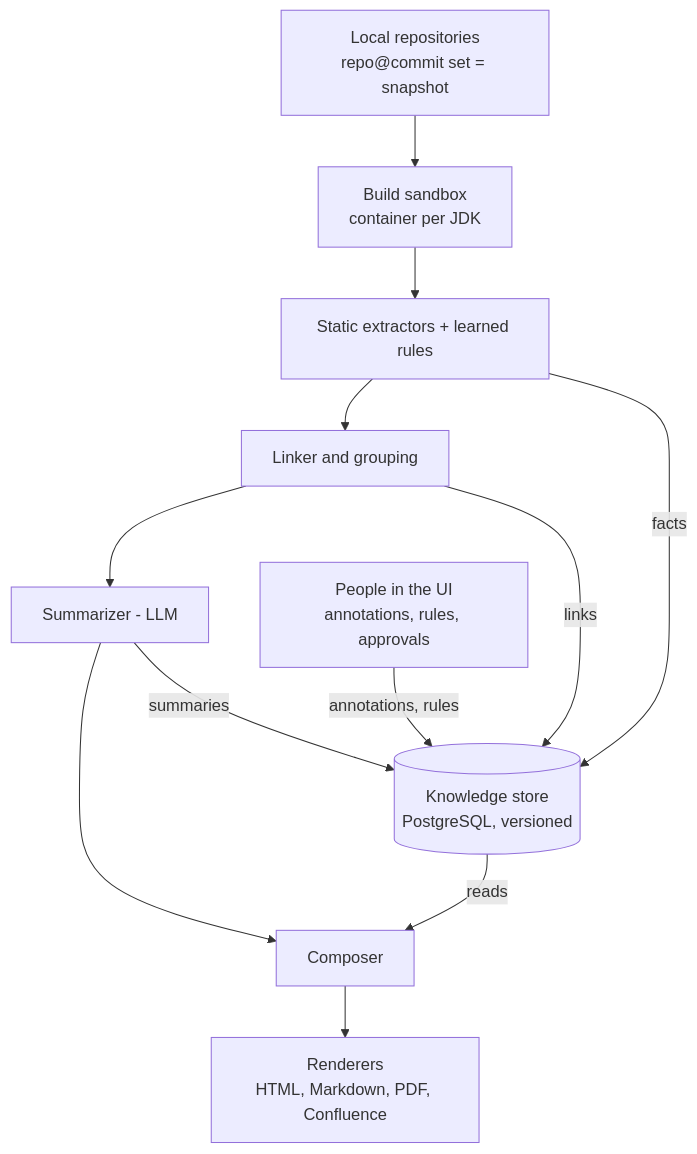
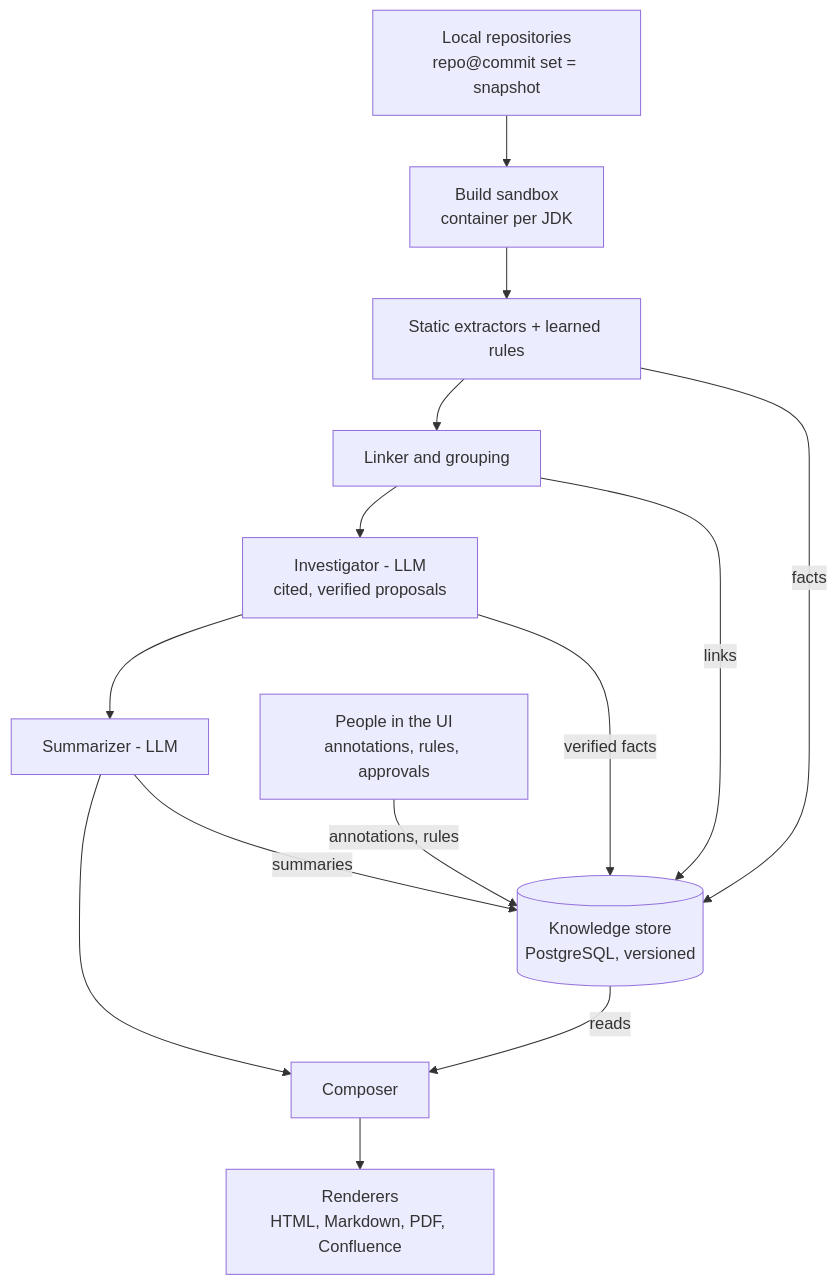
The diagram in docs/design.md (reubenbubu/lantern), drawn with Mermaid before and after one commit. The commit also changed other lines of this file and 10 other files, not shown here.

````diff
--- a/docs/design.md
+++ b/docs/design.md
@@ -44,14 +44,16 @@
 ```mermaid
 flowchart TD
   repos[Local repositories<br/>repo@commit set = snapshot] --> build[Build sandbox<br/>container per JDK]
   build --> extract[Static extractors + learned rules]
   extract --> link[Linker and grouping]
-  link --> summarize[Summarizer - LLM]
+  link --> investigate[Investigator - LLM<br/>cited, verified proposals]
+  investigate --> summarize[Summarizer - LLM]
   summarize --> compose[Composer]
   compose --> render[Renderers<br/>HTML, Markdown, PDF, Confluence]
   people[People in the UI<br/>annotations, rules, approvals] -- annotations, rules --> store[(Knowledge store<br/>PostgreSQL, versioned)]
   extract -- facts --> store
   link -- links --> store
+  investigate -- verified facts --> store
   summarize -- summaries --> store
   store -- reads --> compose
 ```
````
